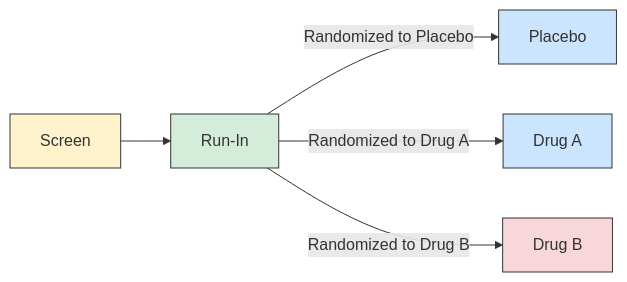
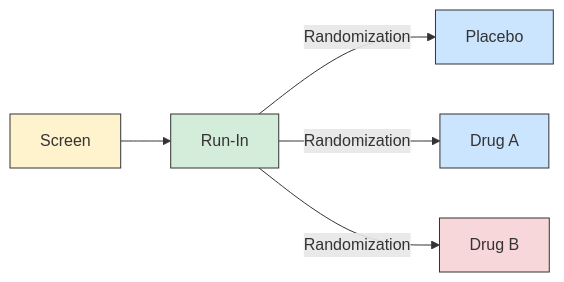
The first of 24 diagrams in knowledge_base/domains/TA/examples.md (hakupao/sdtm-pedia), drawn with Mermaid before and after one commit. The commit also changed other lines of this file and 12 other files, not shown here.

First line of the commit message:
fix(kb): Tier B batch B-TA — TA narratives restored + 24 Mermaid vs PDF figures (PASS after 3 attempts; local)

````diff
--- a/knowledge_base/domains/TA/examples.md
+++ b/knowledge_base/domains/TA/examples.md
@@ -34,12 +36,12 @@
 ```mermaid
 graph LR
     S[Screen] --> RI[Run-In]
-    RI -->|"Randomized to Placebo"| P[Placebo]
-    RI -->|"Randomized to Drug A"| A[Drug A]
-    RI -->|"Randomized to Drug B"| B[Drug B]
+    RI -->|"Randomization"| P[Placebo]
+    RI -->|"Randomization"| A[Drug A]
+    RI -->|"Randomization"| B[Drug B]
     style S fill:#fef3cd,stroke:#333
     style RI fill:#d4edda,stroke:#333
     style P fill:#cce5ff,stroke:#333
     style A fill:#cce5ff,stroke:#333
     style B fill:#f8d7da,stroke:#333
 ```
````
